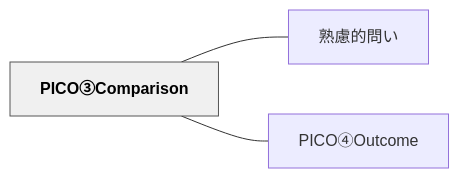
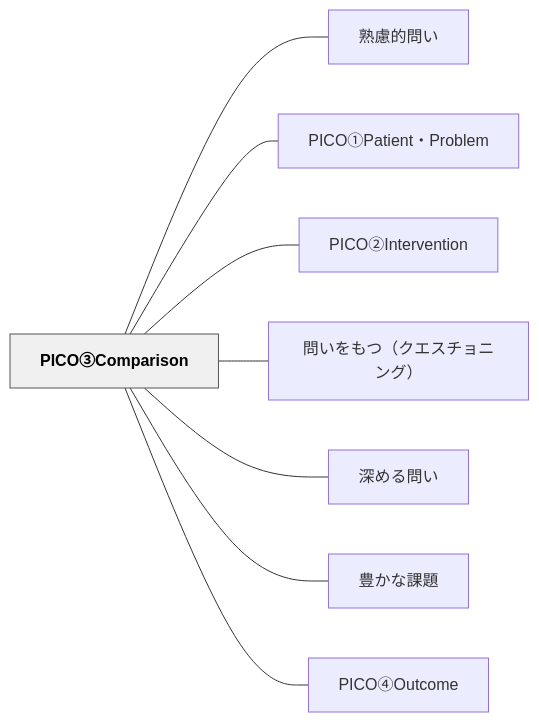
One commit to unknownthings-ed-patterns/unknownthings-ed-patterns changed the diagram in content/パタン/PICO③Comparison.md. Above: the diagram before and after it, drawn with Mermaid. The commit also changed other lines of this file and 38 other files, not shown here.

````diff
--- a/content/パタン/PICO③Comparison.md
+++ b/content/パタン/PICO③Comparison.md
@@ -48,12 +54,22 @@
 ```mermaid
 flowchart LR
     n5049434fe291a2436f6d70617269736f6e["PICO③Comparison"]
     ne7869fe685aee79a84e5958fe38184["熟慮的問い"]
+    n5049434fe291a050617469656e74e383bb50726f626c656d["PICO①Patient・Problem"]
+    n5049434fe291a1496e74657276656e74696f6e["PICO②Intervention"]
+    ne5958fe38184e38292e38282e381a4efbc88e382afe382a8e382b9e38381e383a7e3838be383b3e382b0efbc89["問いをもつ（クエスチョニング）"]
+    ne6b7b1e38281e3828be5958fe38184["深める問い"]
+    ne8b18ae3818be381aae8aab2e9a18c["豊かな課題"]
     n5049434fe291a34f7574636f6d65["PICO④Outcome"]
 
     n5049434fe291a2436f6d70617269736f6e --- ne7869fe685aee79a84e5958fe38184
+    n5049434fe291a2436f6d70617269736f6e --- n5049434fe291a050617469656e74e383bb50726f626c656d
+    n5049434fe291a2436f6d70617269736f6e --- n5049434fe291a1496e74657276656e74696f6e
+    n5049434fe291a2436f6d70617269736f6e --- ne5958fe38184e38292e38282e381a4efbc88e382afe382a8e382b9e38381e383a7e3838be383b3e382b0efbc89
+    n5049434fe291a2436f6d70617269736f6e --- ne6b7b1e38281e3828be5958fe38184
+    n5049434fe291a2436f6d70617269736f6e --- ne8b18ae3818be381aae8aab2e9a18c
     n5049434fe291a2436f6d70617269736f6e --- n5049434fe291a34f7574636f6d65
 
     classDef hub fill:#f0f0f0,stroke:#555,color:#000,font-weight:bold
     class n5049434fe291a2436f6d70617269736f6e hub
 ```
````
